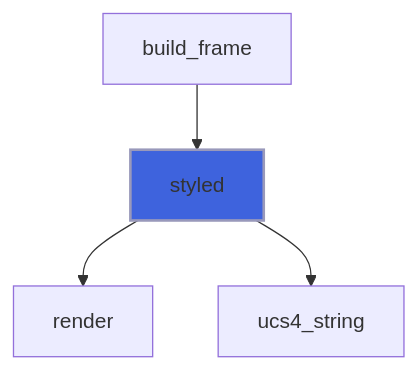
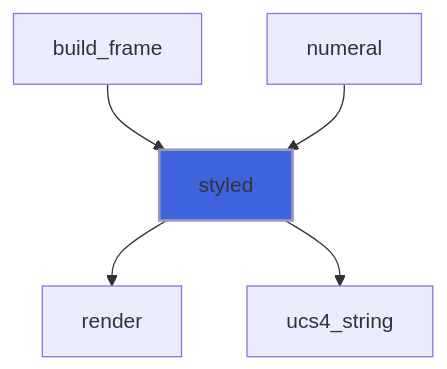
Diagram 40 of 46 in docs/api/src/lib/forbear_bar_object.md (szaghi/forbear), drawn with Mermaid before and after one commit. The commit also changed other lines of this file and 48 other files, not shown here.

````diff
--- a/docs/api/src/lib/forbear_bar_object.md
+++ b/docs/api/src/lib/forbear_bar_object.md
@@ -1276,7 +1339,8 @@
 ```mermaid
 flowchart TD
   build_frame["build_frame"] --> styled["styled"]
+  numeral["numeral"] --> styled["styled"]
   styled["styled"] --> render["render"]
   styled["styled"] --> ucs4_string["ucs4_string"]
   style styled fill:#3e63dd,stroke:#99b,stroke-width:2px
 ```
````
